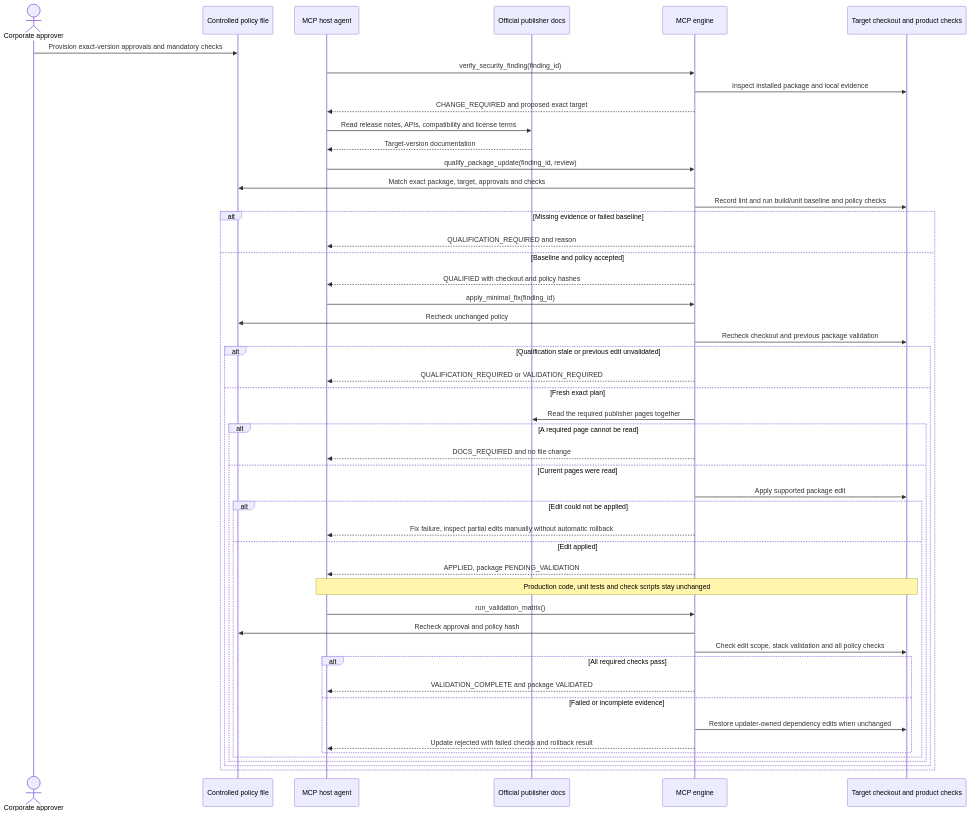
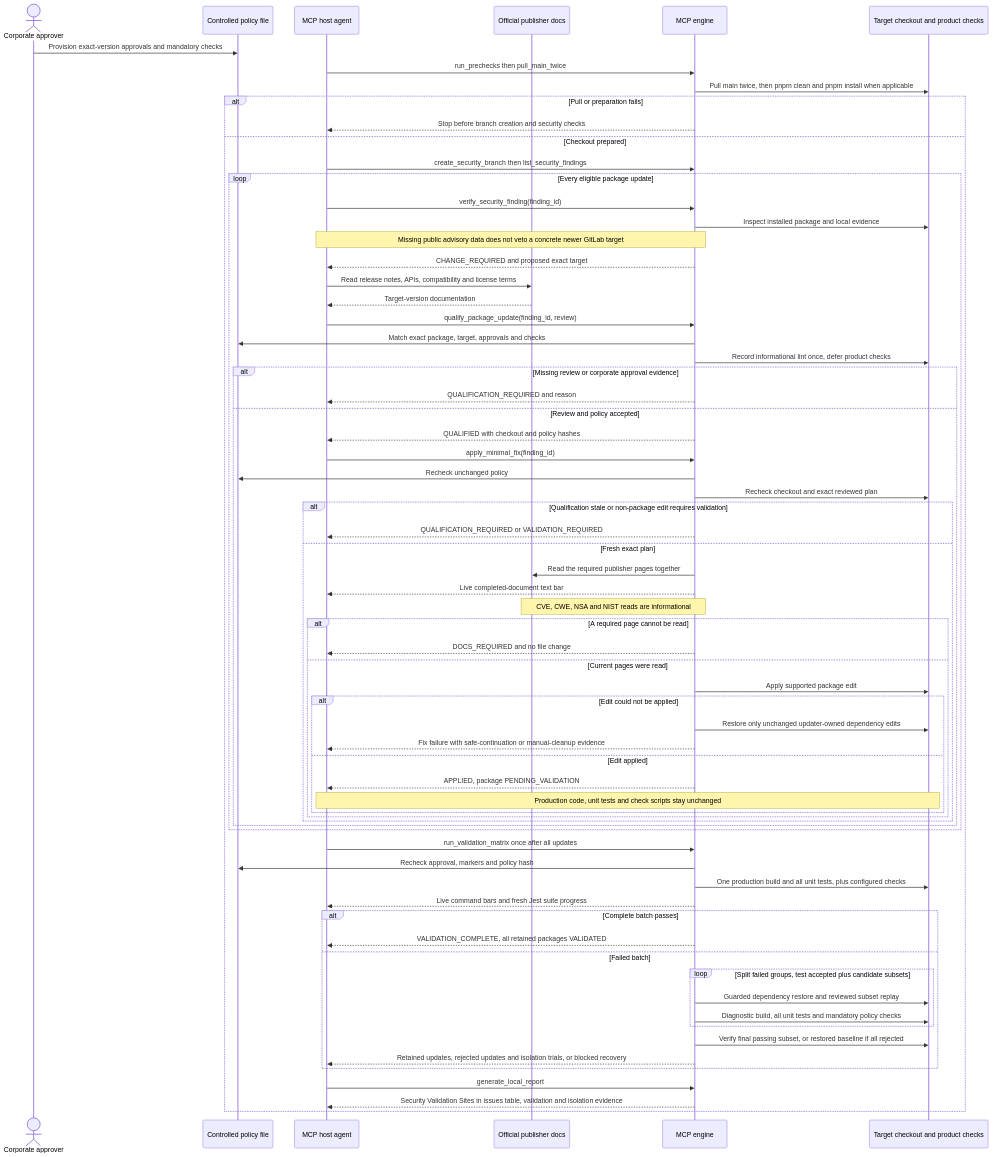
One commit to jprejsnar/security-mcp-fixer changed the fourth of 4 diagrams in README.md. Above: the diagram before and after it, drawn with Mermaid. The commit also changed other lines of this file and 18 other files, not shown here.

First line of the commit message:
Add tests for advisory site inclusion and product exit handling

````diff
--- a/README.md
+++ b/README.md
@@ -398,52 +439,72 @@
 ```mermaid
 sequenceDiagram
   actor Approver as Corporate approver
   participant Policy as Controlled policy file
   participant Host as MCP host agent
   participant Docs as Official publisher docs
   participant MCP as MCP engine
   participant Repo as Target checkout and product checks
 
   Approver->>Policy: Provision exact-version approvals and mandatory checks
+  Host->>MCP: run_prechecks then pull_main_twice
+  MCP->>Repo: Pull main twice, then pnpm clean and pnpm install when applicable
+  alt Pull or preparation fails
+    MCP-->>Host: Stop before branch creation and security checks
+  else Checkout prepared
+  Host->>MCP: create_security_branch then list_security_findings
+  loop Every eligible package update
   Host->>MCP: verify_security_finding(finding_id)
   MCP->>Repo: Inspect installed package and local evidence
+  Note over Host,MCP: Missing public advisory data does not veto a concrete newer GitLab target
   MCP-->>Host: CHANGE_REQUIRED and proposed exact target
   Host->>Docs: Read release notes, APIs, compatibility and license terms
   Docs-->>Host: Target-version documentation
   Host->>MCP: qualify_package_update(finding_id, review)
   MCP->>Policy: Match exact package, target, approvals and checks
-  MCP->>Repo: Record lint and run build/unit baseline and policy checks
-  alt Missing evidence or failed baseline
+  MCP->>Repo: Record informational lint once, defer product checks
+  alt Missing review or corporate approval evidence
     MCP-->>Host: QUALIFICATION_REQUIRED and reason
-  else Baseline and policy accepted
+  else Review and policy accepted
     MCP-->>Host: QUALIFIED with checkout and policy hashes
     Host->>MCP: apply_minimal_fix(finding_id)
     MCP->>Policy: Recheck unchanged policy
-    MCP->>Repo: Recheck checkout and previous package validation
-    alt Qualification stale or previous edit unvalidated
+    MCP->>Repo: Recheck checkout and exact reviewed plan
+    alt Qualification stale or non-package edit requires validation
       MCP-->>Host: QUALIFICATION_REQUIRED or VALIDATION_REQUIRED
     else Fresh exact plan
       MCP->>Docs: Read the required publisher pages together
+      MCP-->>Host: Live completed-document text bar
+      Note over Docs,MCP: CVE, CWE, NSA and NIST reads are informational
       alt A required page cannot be read
         MCP-->>Host: DOCS_REQUIRED and no file change
       else Current pages were read
       MCP->>Repo: Apply supported package edit
       alt Edit could not be applied
-        MCP-->>Host: Fix failure, inspect partial edits manually without automatic rollback
+        MCP->>Repo: Restore only unchanged updater-owned dependency edits
+        MCP-->>Host: Fix failure with safe-continuation or manual-cleanup evidence
       else Edit applied
         MCP-->>Host: APPLIED, package PENDING_VALIDATION
         Note over Host,Repo: Production code, unit tests and check scripts stay unchanged
-        Host->>MCP: run_validation_matrix()
-        MCP->>Policy: Recheck approval and policy hash
-        MCP->>Repo: Check edit scope, stack validation and all policy checks
-        alt All required checks pass
-          MCP-->>Host: VALIDATION_COMPLETE and package VALIDATED
-        else Failed or incomplete evidence
-          MCP->>Repo: Restore updater-owned dependency edits when unchanged
-          MCP-->>Host: Update rejected with failed checks and rollback result
-        end
       end
       end
     end
   end
+  end
+  Host->>MCP: run_validation_matrix once after all updates
+  MCP->>Policy: Recheck approval, markers and policy hash
+  MCP->>Repo: One production build and all unit tests, plus configured checks
+  MCP-->>Host: Live command bars and fresh Jest suite progress
+  alt Complete batch passes
+    MCP-->>Host: VALIDATION_COMPLETE, all retained packages VALIDATED
+  else Failed batch
+    loop Split failed groups, test accepted plus candidate subsets
+      MCP->>Repo: Guarded dependency restore and reviewed subset replay
+      MCP->>Repo: Diagnostic build, all unit tests and mandatory policy checks
+    end
+    MCP->>Repo: Verify final passing subset, or restored baseline if all rejected
+    MCP-->>Host: Retained updates, rejected updates and isolation trials, or blocked recovery
+  end
+  Host->>MCP: generate_local_report
+  MCP-->>Host: Security Validation Sites in issues table, validation and isolation evidence
+  end
 ```
````
